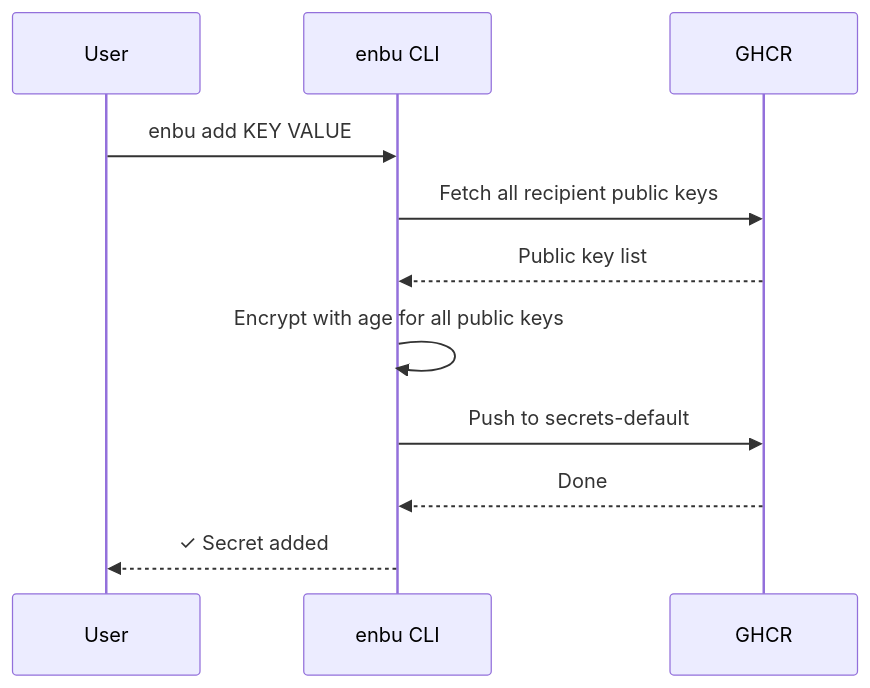
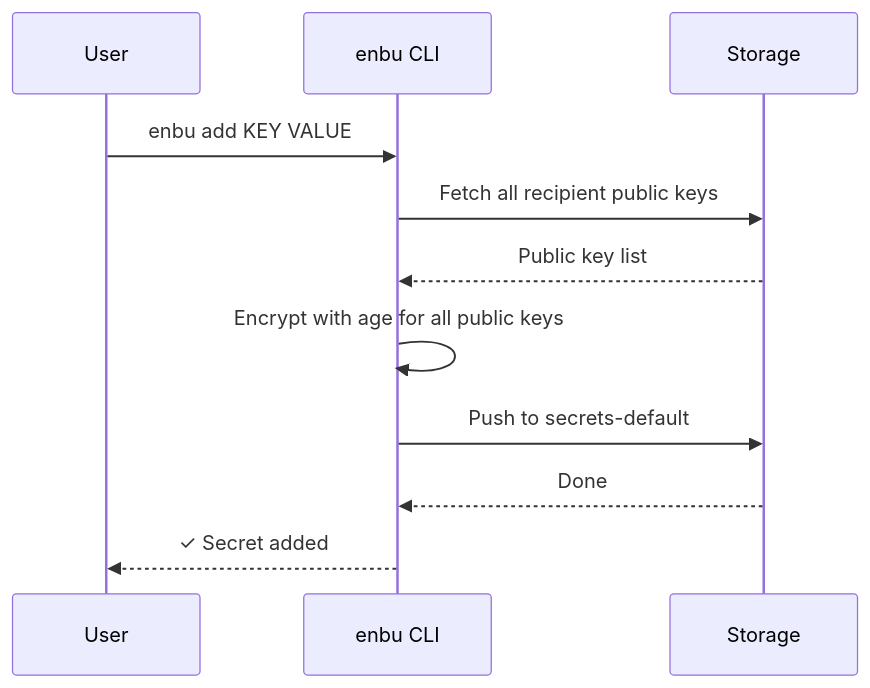
One commit to enbu-net/enbu changed the second of 3 diagrams in README.md. Above: the diagram before and after it, drawn with Mermaid. The commit also changed other lines of this file and 5 other files, not shown here.

````diff
--- a/README.md
+++ b/README.md
@@ -242,14 +266,14 @@
 ```mermaid
 sequenceDiagram
     participant User
     participant CLI as enbu CLI
-    participant GHCR
+    participant GHCR as Storage
 
     User->>CLI: enbu add KEY VALUE
     CLI->>GHCR: Fetch all recipient public keys
     GHCR-->>CLI: Public key list
     CLI->>CLI: Encrypt with age for all public keys
     CLI->>GHCR: Push to secrets-default
     GHCR-->>CLI: Done
     CLI-->>User: ✓ Secret added
 ```
````
